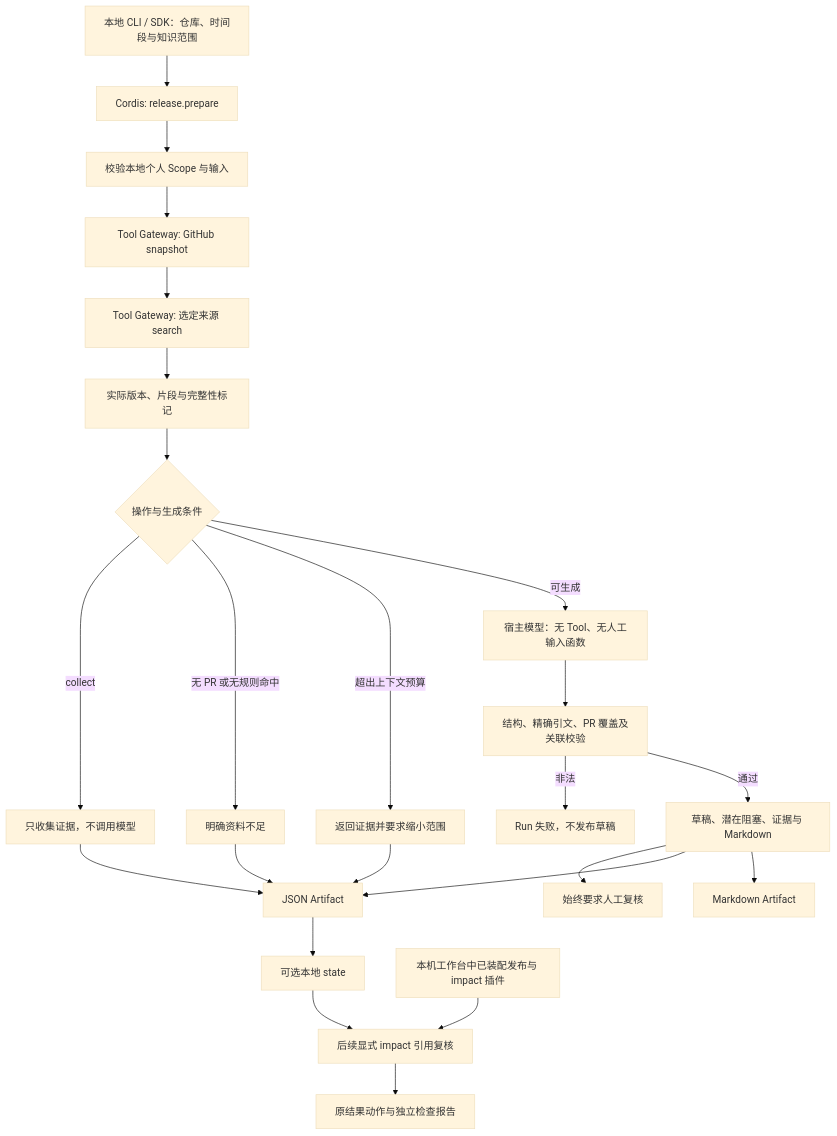
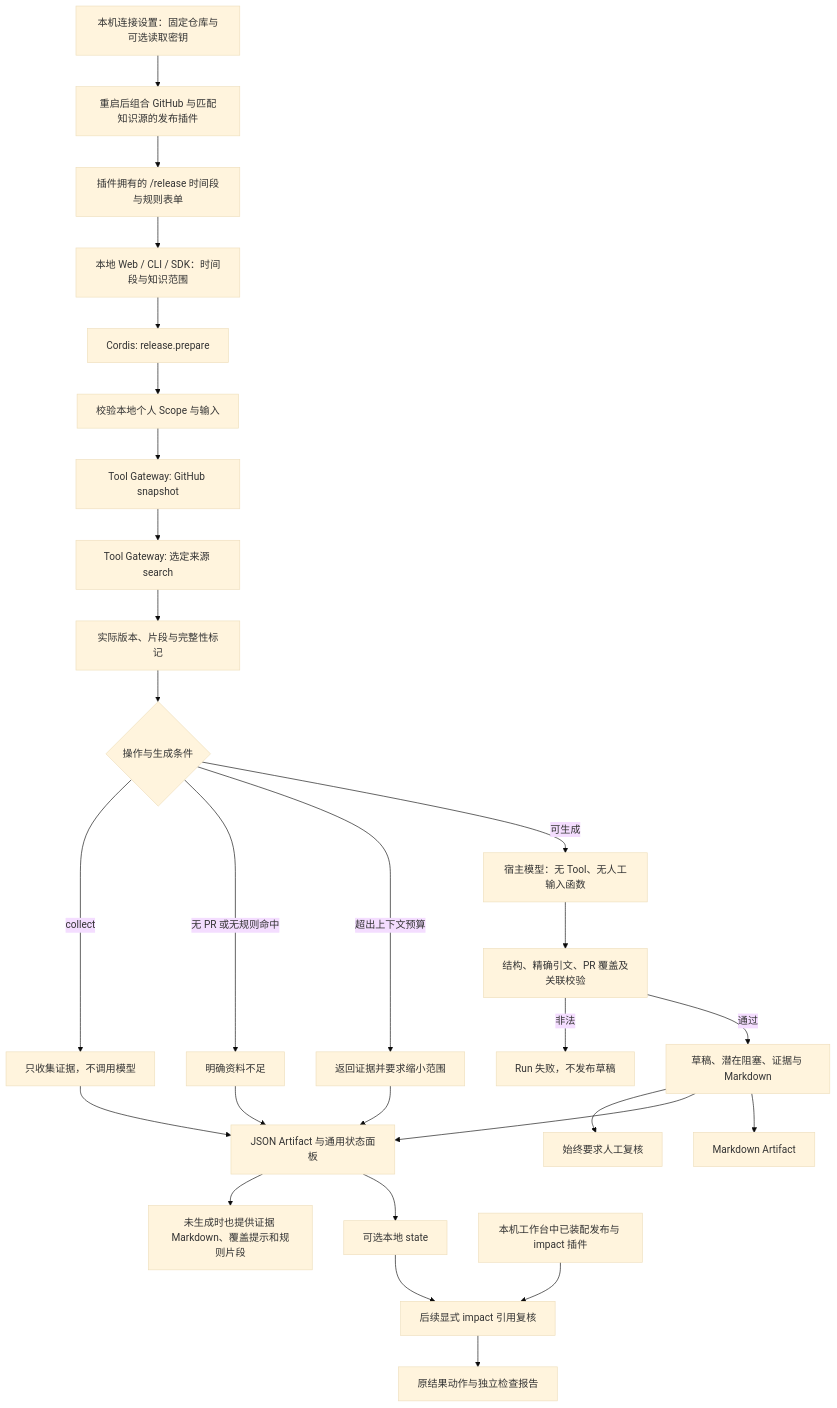
One commit to KlayPeter/AI-Delivery-Ops-Agent changed the diagram in backend/src/domains/release/FEATURE.md. Above: the diagram before and after it, drawn with Mermaid (base theme). The commit also changed other lines of this file and 22 other files, not shown here.

````diff
--- a/backend/src/domains/release/FEATURE.md
+++ b/backend/src/domains/release/FEATURE.md
@@ -22,26 +22,30 @@
 ```mermaid
 flowchart TD
-    U[本地 CLI / SDK：仓库、时间段与知识范围] --> P[Cordis: release.prepare]
+    UISET[本机连接设置：固定仓库与可选读取密钥] --> BOOT[重启后组合 GitHub 与匹配知识源的发布插件]
+    BOOT --> PAGE[插件拥有的 /release 时间段与规则表单]
+    PAGE --> U[本地 Web / CLI / SDK：时间段与知识范围]
+    U --> P[Cordis: release.prepare]
     P --> V[校验本地个人 Scope 与输入]
     V --> G[Tool Gateway: GitHub snapshot]
     G --> K[Tool Gateway: 选定来源 search]
     K --> E[实际版本、片段与完整性标记]
     E --> C{操作与生成条件}
     C -- collect --> O[只收集证据，不调用模型]
     C -- 无 PR 或无规则命中 --> I[明确资料不足]
     C -- 超出上下文预算 --> R[返回证据并要求缩小范围]
     C -- 可生成 --> M[宿主模型：无 Tool、无人工输入函数]
     M --> A[结构、精确引文、PR 覆盖及关联校验]
     A -- 非法 --> F[Run 失败，不发布草稿]
     A -- 通过 --> D[草稿、潜在阻塞、证据与 Markdown]
     D --> H[始终要求人工复核]
-    O --> J[JSON Artifact]
+    O --> J[JSON Artifact 与通用状态面板]
     I --> J
     R --> J
+    J --> EMD[未生成时也提供证据 Markdown、覆盖提示和规则片段]
     D --> J
     D --> MD[Markdown Artifact]
     J --> ST[可选本地 state]
     ST --> IC[后续显式 impact 引用复核]
     UI[本机工作台中已装配发布与 impact 插件] --> IC
     IC --> VIEW[原结果动作与独立检查报告]
 ```
````
